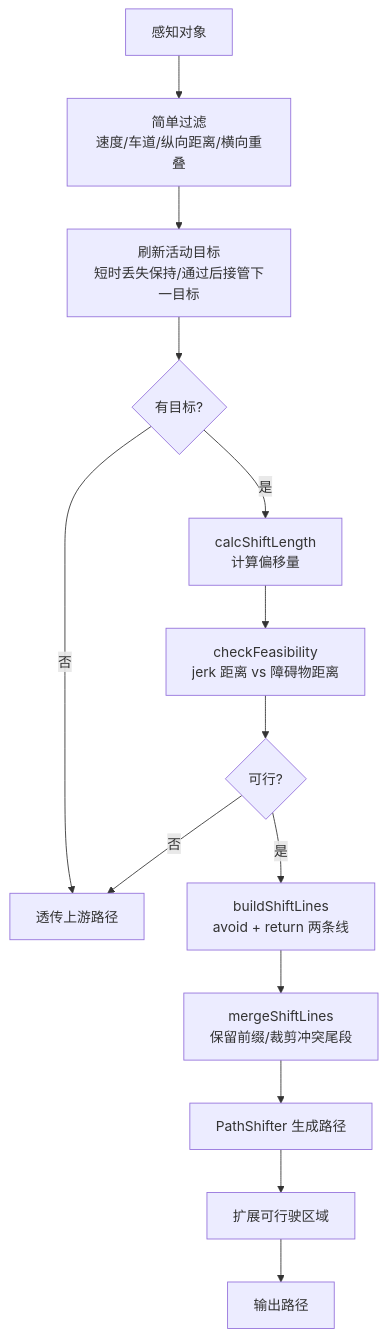
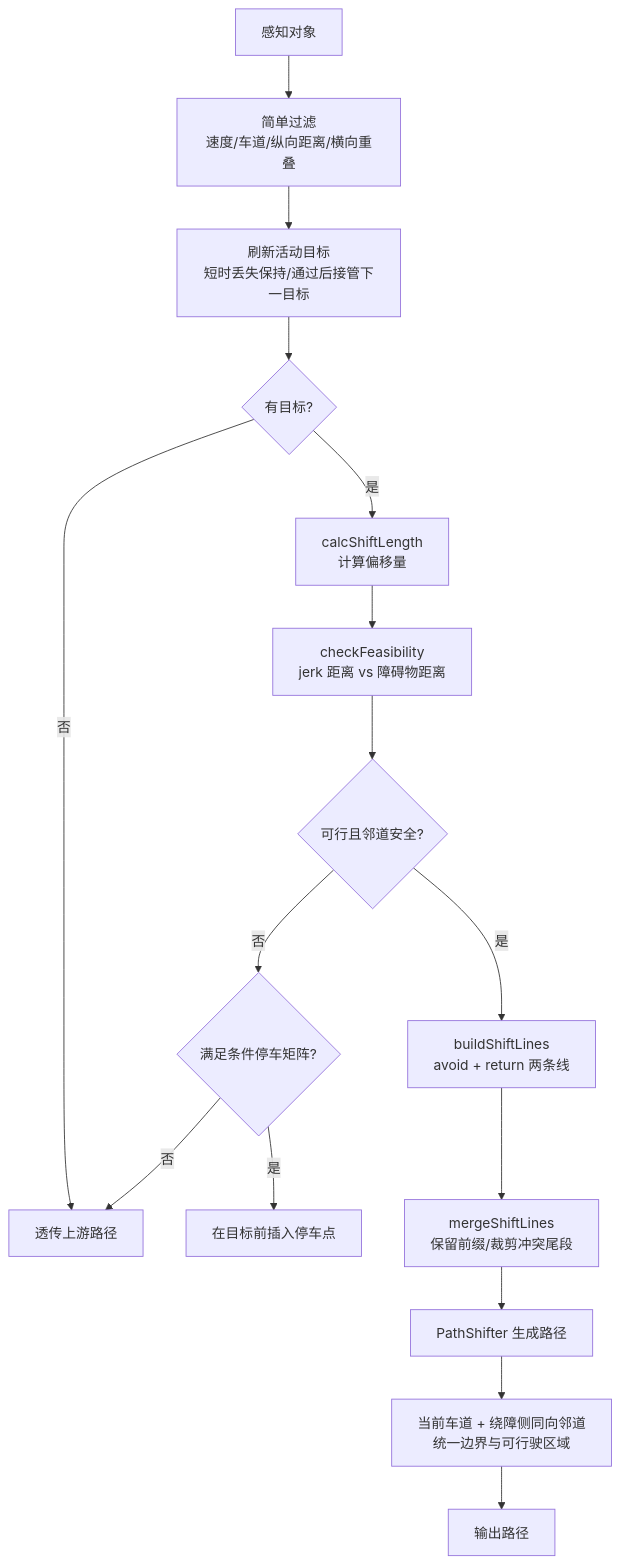
Before and after one commit to LeslieJay/new_car_autoware: the second of 2 diagrams in src/universe/autoware_universe/planning/behavior_path_planner/autoware_behavior_path_simple_avoidance_module/README_zh.md, drawn with Mermaid. The commit also changed other lines of this file and 60 other files, not shown here.

````diff
--- a/src/universe/autoware_universe/planning/behavior_path_planner/autoware_behavior_path_simple_avoidance_module/README_zh.md
+++ b/src/universe/autoware_universe/planning/behavior_path_planner/autoware_behavior_path_simple_avoidance_module/README_zh.md
@@ -60,16 +60,18 @@
 ```mermaid
 flowchart TD
     A[感知对象] --> B[简单过滤<br/>速度/车道/纵向距离/横向重叠]
     B --> C[刷新活动目标<br/>短时丢失保持/通过后接管下一目标]
     C --> D{有目标?}
     D -->|否| E[透传上游路径]
     D -->|是| F[calcShiftLength<br/>计算偏移量]
     F --> G[checkFeasibility<br/>jerk 距离 vs 障碍物距离]
-    G --> H{可行?}
-    H -->|否| E
+    G --> H{可行且邻道安全?}
+    H -->|否| N{满足条件停车矩阵?}
+    N -->|是| O[在目标前插入停车点]
+    N -->|否| E
     H -->|是| I[buildShiftLines<br/>avoid + return 两条线]
     I --> J[mergeShiftLines<br/>保留前缀/裁剪冲突尾段]
     J --> K[PathShifter 生成路径]
-    K --> L[扩展可行驶区域]
+    K --> L[当前车道 + 绕障侧同向邻道<br/>统一边界与可行驶区域]
     L --> M[输出路径]
 ```
````
